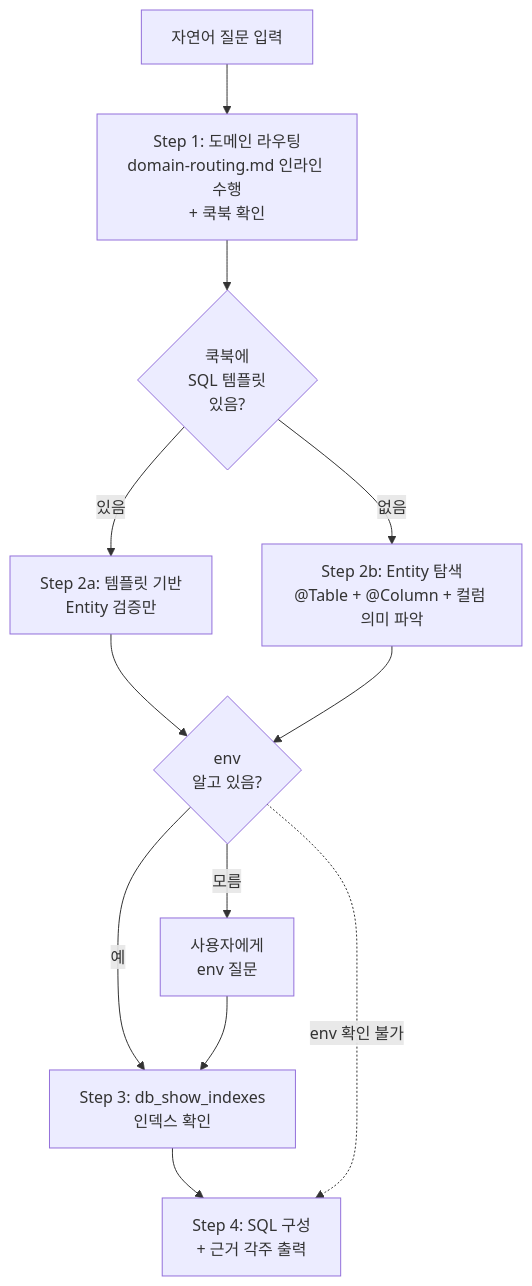
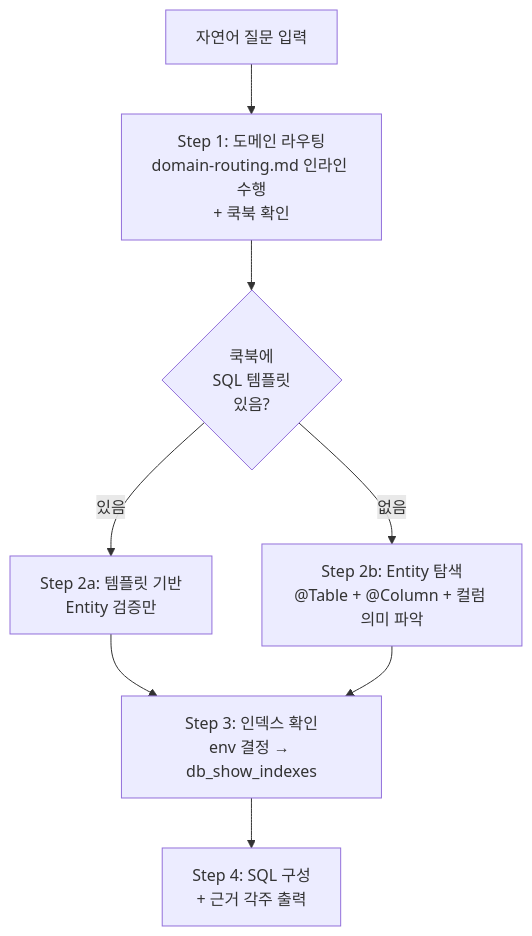
Before and after one commit to flex-team/flex-oncall: the diagram in .claude/skills/ops-db-query-builder/SKILL.md, drawn with Mermaid. The commit also changed other lines of this file and 1 other file, not shown here.

Commit message:
✨ ops-db-query-builder 스킬 신설 — 근거 기반 SQL 쿼리 오케스트레이터
도메인 라우팅 → 쿡북 확인 → Entity 탐색 → 인덱스 확인 → SQL + 근거 각주 출력.
테이블/컬럼명을 추측하지 않고 JPA Entity 코드에서 확인한 뒤 쿼리를 구성한다.

````diff
--- a/.claude/skills/ops-db-query-builder/SKILL.md
+++ b/.claude/skills/ops-db-query-builder/SKILL.md
@@ -37,14 +37,10 @@
 ```mermaid
 flowchart TD
     A[자연어 질문 입력] --> B[Step 1: 도메인 라우팅<br/>domain-routing.md 인라인 수행<br/>+ 쿡북 확인]
     B --> C{쿡북에<br/>SQL 템플릿<br/>있음?}
     C -->|있음| D[Step 2a: 템플릿 기반<br/>Entity 검증만]
     C -->|없음| E[Step 2b: Entity 탐색<br/>@Table + @Column + 컬럼 의미 파악]
-    D --> F{env<br/>알고 있음?}
-    E --> F
-    F -->|예| G[Step 3: db_show_indexes<br/>인덱스 확인]
-    F -->|모름| H[사용자에게<br/>env 질문]
-    H --> G
+    D --> G[Step 3: 인덱스 확인<br/>env 결정 → db_show_indexes]
+    E --> G
     G --> I[Step 4: SQL 구성<br/>+ 근거 각주 출력]
-    F -.->|env 확인 불가| I
 ```
````
